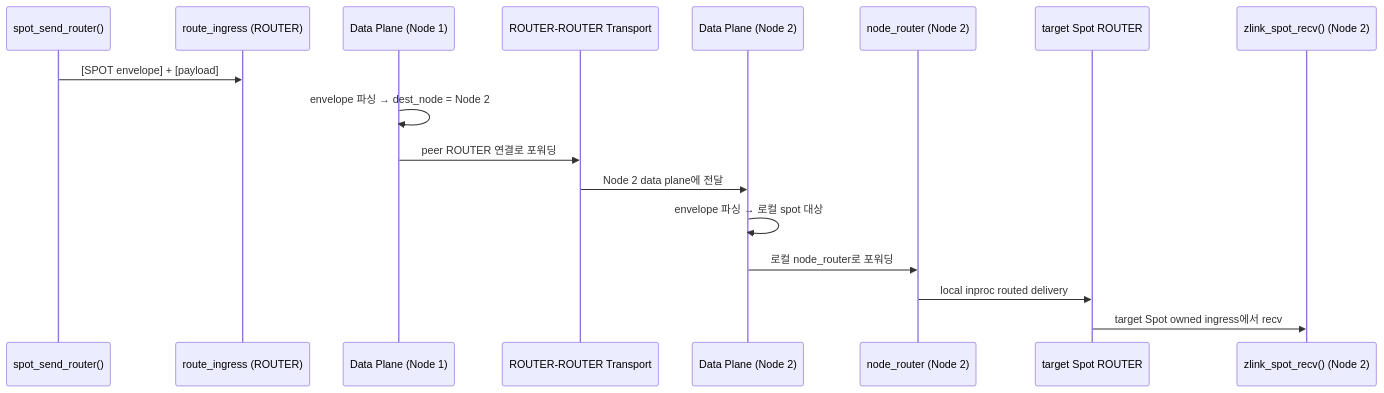
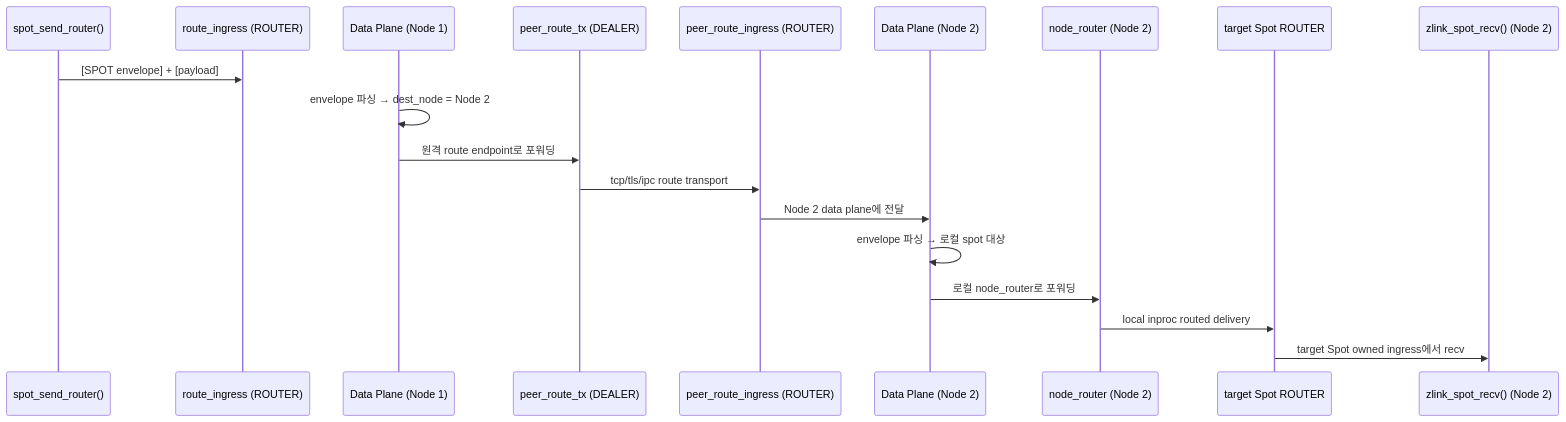
One commit to kairos-code-dev/zlink changed the ninth of 15 diagrams in doc/internals/spot-internals.ko.md. Above: the diagram before and after it, drawn with Mermaid. The commit also changed other lines of this file and 225 other files, not shown here.

````diff
--- a/doc/internals/spot-internals.ko.md
+++ b/doc/internals/spot-internals.ko.md
@@ -277,20 +360,22 @@
 ```mermaid
 sequenceDiagram
     participant Sender as spot_send_router()
     participant RouteIn as route_ingress (ROUTER)
     participant DP1 as Data Plane (Node 1)
-    participant Net as ROUTER-ROUTER Transport
+    participant PeerTx as peer_route_tx (DEALER)
+    participant PeerIn as peer_route_ingress (ROUTER)
     participant DP2 as Data Plane (Node 2)
     participant NodeRouter2 as node_router (Node 2)
     participant SpotRouter2 as target Spot ROUTER
     participant Receiver as zlink_spot_recv() (Node 2)
 
     Sender->>RouteIn: [SPOT envelope] + [payload]
     DP1->>DP1: envelope 파싱 → dest_node = Node 2
-    DP1->>Net: peer ROUTER 연결로 포워딩
-    Net->>DP2: Node 2 data plane에 전달
+    DP1->>PeerTx: 원격 route endpoint로 포워딩
+    PeerTx->>PeerIn: tcp/tls/ipc route transport
+    PeerIn->>DP2: Node 2 data plane에 전달
     DP2->>DP2: envelope 파싱 → 로컬 spot 대상
     DP2->>NodeRouter2: 로컬 node_router로 포워딩
     NodeRouter2->>SpotRouter2: local inproc routed delivery
     SpotRouter2->>Receiver: target Spot owned ingress에서 recv
 ```
````
